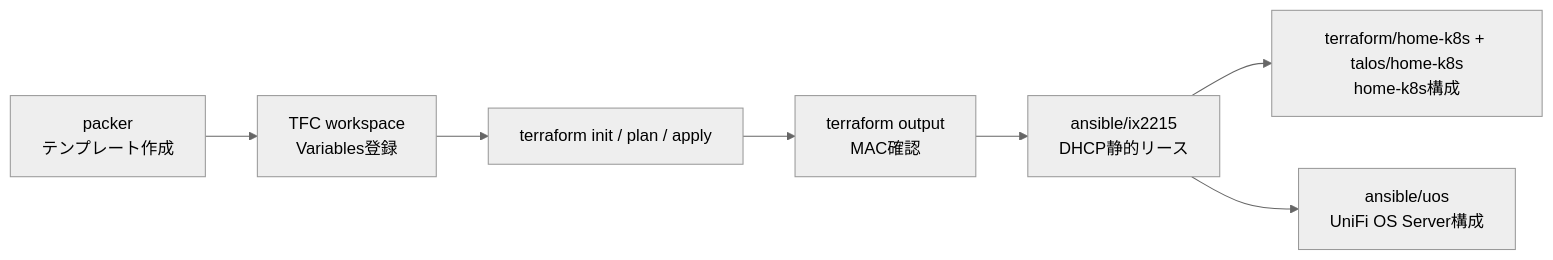
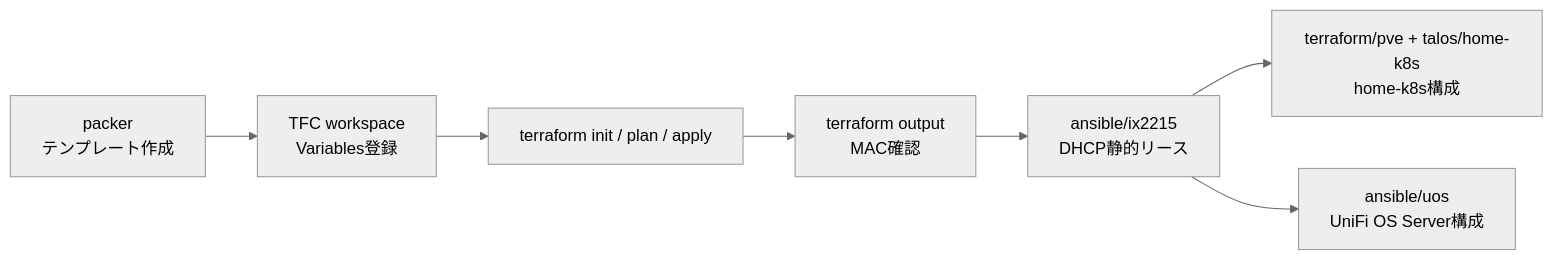
The second of 2 diagrams in terraform/pve/README.md (miutaku/my-infra), drawn with Mermaid (neutral theme) before and after one commit. The commit also changed other lines of this file and 14 other files, not shown here.

Commit message:
Manage home Talos VMs in the pve-home workspace

````diff
--- a/terraform/pve/README.md
+++ b/terraform/pve/README.md
@@ -104,14 +105,14 @@
 ```mermaid
 flowchart LR
   Packer[packer<br/>テンプレート作成]
   Vars[TFC workspace<br/>Variables登録]
   Terraform[terraform init / plan / apply]
   Outputs[terraform output<br/>MAC確認]
   IX[ansible/ix2215<br/>DHCP静的リース]
-  HomeK8s[terraform/home-k8s + talos/home-k8s<br/>home-k8s構成]
+  HomeK8s[terraform/pve + talos/home-k8s<br/>home-k8s構成]
   UOS[ansible/uos<br/>UniFi OS Server構成]
 
   Packer --> Vars --> Terraform --> Outputs --> IX
   IX --> HomeK8s
   IX --> UOS
 ```
````
